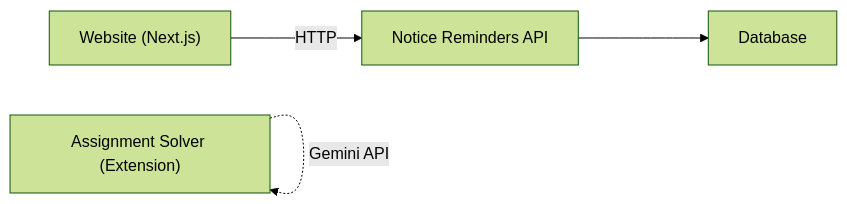
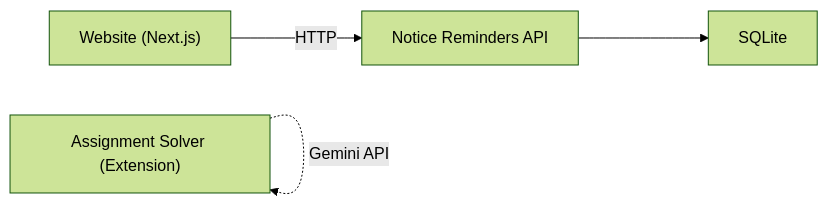
Before and after one commit to tashifkhan/tashif.codes: the sixth of 6 diagrams in src/data/docs/mooc-utils/Project Overview/Project Overview.md, drawn with Mermaid (forest theme). The commit also changed other lines of this file and 2128 other files, not shown here.

First line of the commit message:
docs: replace raster diagram images with native Mermaid across project guides

````diff
--- a/src/data/docs/mooc-utils/Project Overview/Project Overview.md
+++ b/src/data/docs/mooc-utils/Project Overview/Project Overview.md
@@ -190,6 +157,6 @@
 ```mermaid
 graph LR
 Website["Website (Next.js)"] --> |HTTP| NoticeAPI["Notice Reminders API"]
-NoticeAPI --> DB["Database"]
+NoticeAPI --> DB["SQLite"]
 Solver["Assignment Solver (Extension)"] -.->|"Gemini API"| Solver
 ```
````
